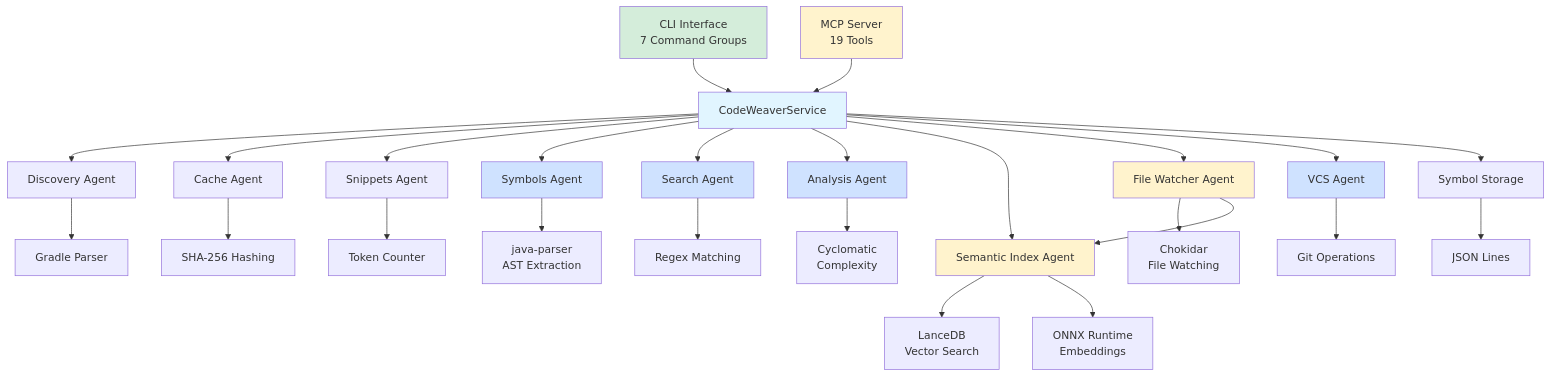
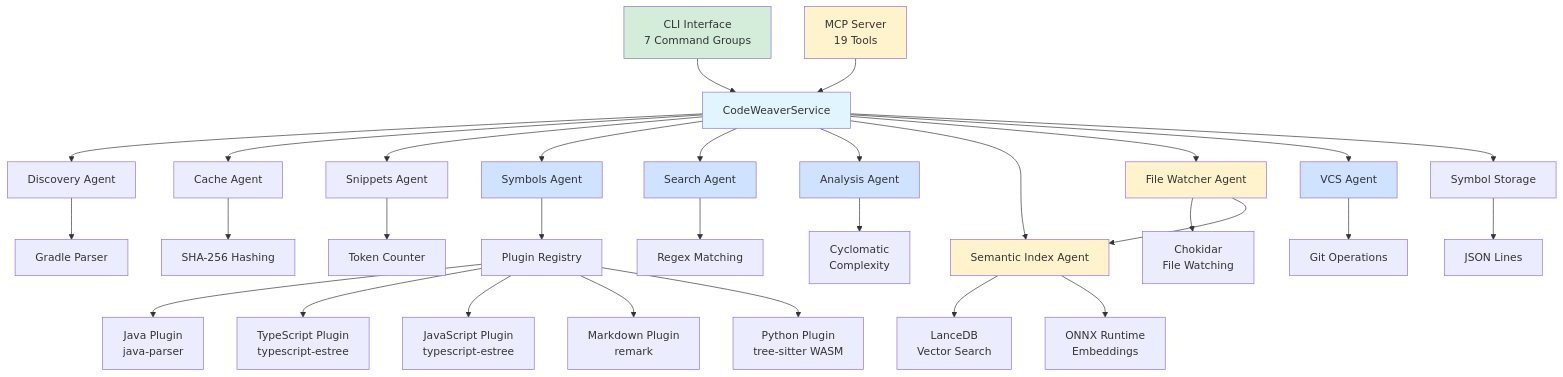
The diagram in README.md (nobiehl/codeweaver-mcp), drawn with Mermaid before and after one commit. The commit also changed other lines of this file and 35 other files, not shown here.

First line of the commit message:
feat(python): complete Python language support with WASM parser

````diff
--- a/README.md
+++ b/README.md
@@ -170,39 +177,44 @@
 ```mermaid
 graph TB
     CLI[CLI Interface<br/>7 Command Groups] --> SERVICE[CodeWeaverService]
     MCP[MCP Server<br/>19 Tools] --> SERVICE
 
     SERVICE --> DISC[Discovery Agent]
     SERVICE --> CACHE[Cache Agent]
     SERVICE --> SNIP[Snippets Agent]
     SERVICE --> SYM[Symbols Agent]
     SERVICE --> SEARCH[Search Agent]
     SERVICE --> ANALYSIS[Analysis Agent]
     SERVICE --> SEMANTIC[Semantic Index Agent]
     SERVICE --> WATCHER[File Watcher Agent]
     SERVICE --> VCS[VCS Agent]
     SERVICE --> STORE[Symbol Storage]
 
     DISC --> GRADLE[Gradle Parser]
     CACHE --> SHA[SHA-256 Hashing]
     SNIP --> TOKEN[Token Counter]
-    SYM --> JAVAPARSER[java-parser<br/>AST Extraction]
+    SYM --> PLUGINREG[Plugin Registry]
+    PLUGINREG --> JAVAPLUGIN[Java Plugin<br/>java-parser]
+    PLUGINREG --> TSPLUGIN[TypeScript Plugin<br/>typescript-estree]
+    PLUGINREG --> JSPLUGIN[JavaScript Plugin<br/>typescript-estree]
+    PLUGINREG --> MDPLUGIN[Markdown Plugin<br/>remark]
+    PLUGINREG --> PYPLUGIN[Python Plugin<br/>tree-sitter WASM]
     SEARCH --> REGEX[Regex Matching]
     ANALYSIS --> COMPLEXITY[Cyclomatic<br/>Complexity]
     SEMANTIC --> LANCEDB[LanceDB<br/>Vector Search]
     SEMANTIC --> ONNX[ONNX Runtime<br/>Embeddings]
     WATCHER --> CHOKIDAR[Chokidar<br/>File Watching]
     WATCHER --> SEMANTIC
     VCS --> GIT[Git Operations]
     STORE --> JSONL[JSON Lines]
 
     style SERVICE fill:#e1f5ff
     style CLI fill:#d4edda
     style MCP fill:#fff3cd
     style SYM fill:#cfe2ff
     style SEARCH fill:#cfe2ff
     style ANALYSIS fill:#cfe2ff
     style SEMANTIC fill:#fff3cd
     style WATCHER fill:#fff3cd
     style VCS fill:#cfe2ff
 ```
````
